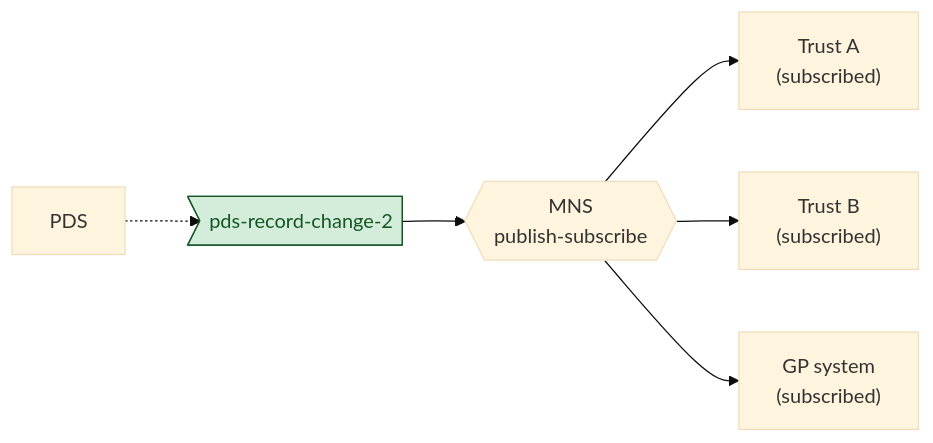
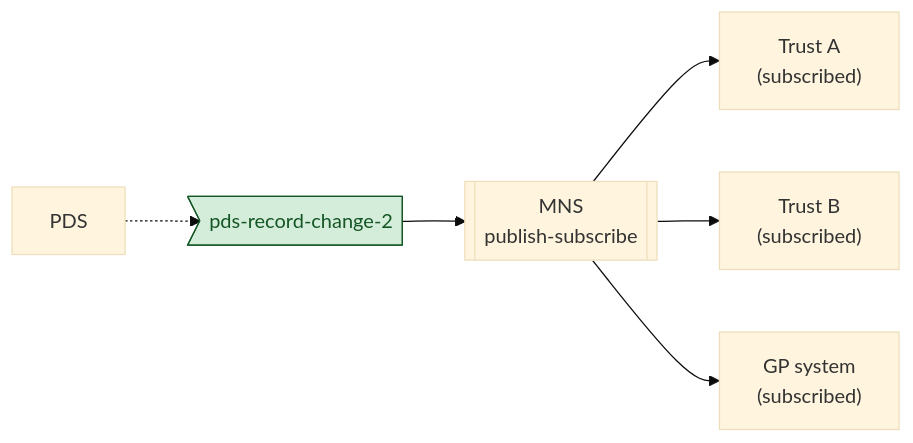
One commit to nw-gmsa/IHEUK-PAM-Unofficial changed the ninth of 12 diagrams in input/pagecontent/overview.md. Above: the diagram before and after it, drawn with Mermaid (base theme). The commit also changed other lines of this file, not shown here.

First line of the commit message:
Fix overview Mermaid rendering

````diff
--- a/input/pagecontent/overview.md
+++ b/input/pagecontent/overview.md
@@ -336,15 +337,15 @@
 ```mermaid
 flowchart LR
     PDS["PDS"]
     EVT>"pds-record-change-2"]
-    MNS{{"MNS<br/>publish-subscribe"}}
+    MNS[["MNS<br/>publish-subscribe"]]
     T1["Trust A<br/>(subscribed)"]
     T2["Trust B<br/>(subscribed)"]
     T3["GP system<br/>(subscribed)"]
     PDS -.-> EVT --> MNS
     MNS --> T1
     MNS --> T2
     MNS --> T3
     classDef inscope fill:#d4edda,stroke:#155724,color:#155724
     class EVT inscope
 ```
````
